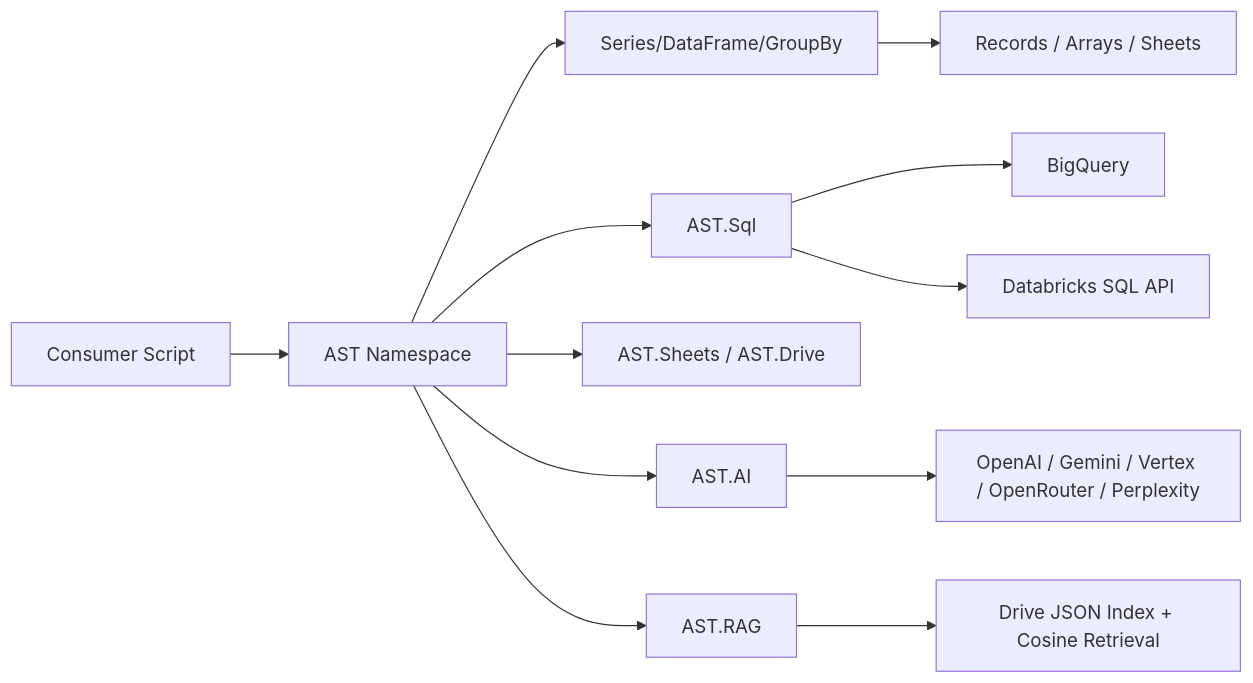
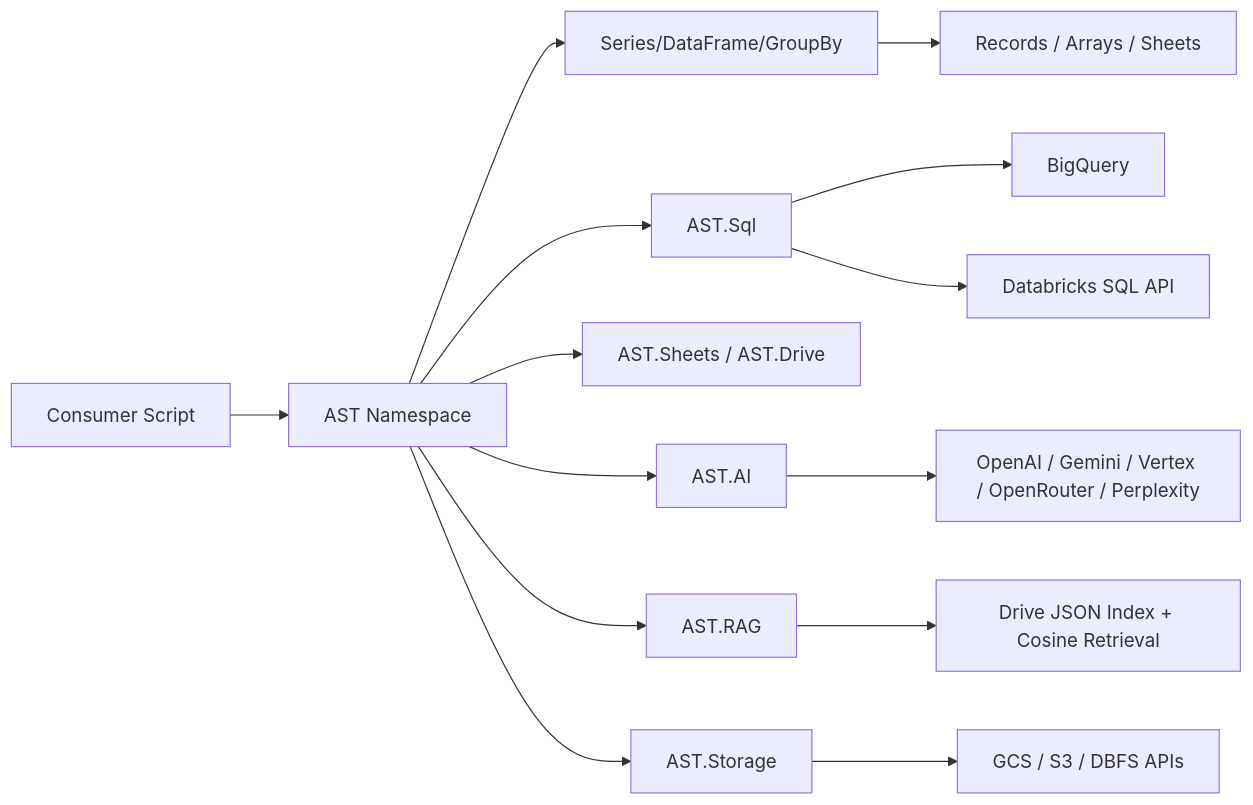
One commit to joe-broadhead/apps-script-tools changed the diagram in docs/index.md. Above: the diagram before and after it, drawn with Mermaid. The commit also changed other lines of this file and 39 other files, not shown here.

Commit message:
feat(storage): add AST.Storage module for gcs s3 dbfs

````diff
--- a/docs/index.md
+++ b/docs/index.md
@@ -27,14 +28,16 @@
 ```mermaid
 flowchart LR
     A[Consumer Script] --> B[AST Namespace]
     B --> C[Series/DataFrame/GroupBy]
     B --> D[AST.Sql]
     B --> E[AST.Sheets / AST.Drive]
     B --> I[AST.AI]
     B --> K[AST.RAG]
+    B --> M[AST.Storage]
     D --> F[BigQuery]
     D --> G[Databricks SQL API]
     I --> J[OpenAI / Gemini / Vertex / OpenRouter / Perplexity]
     K --> L[Drive JSON Index + Cosine Retrieval]
+    M --> N[GCS / S3 / DBFS APIs]
     C --> H[Records / Arrays / Sheets]
 ```
````
